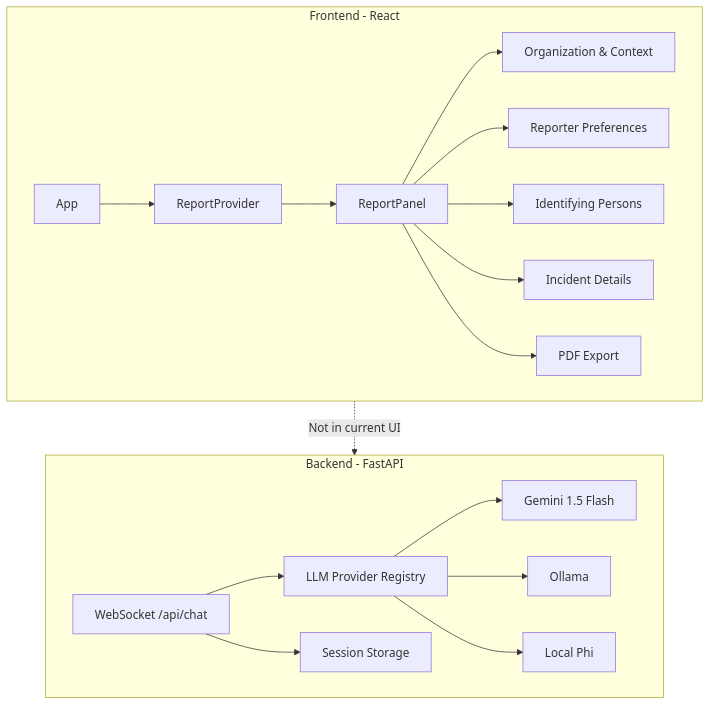
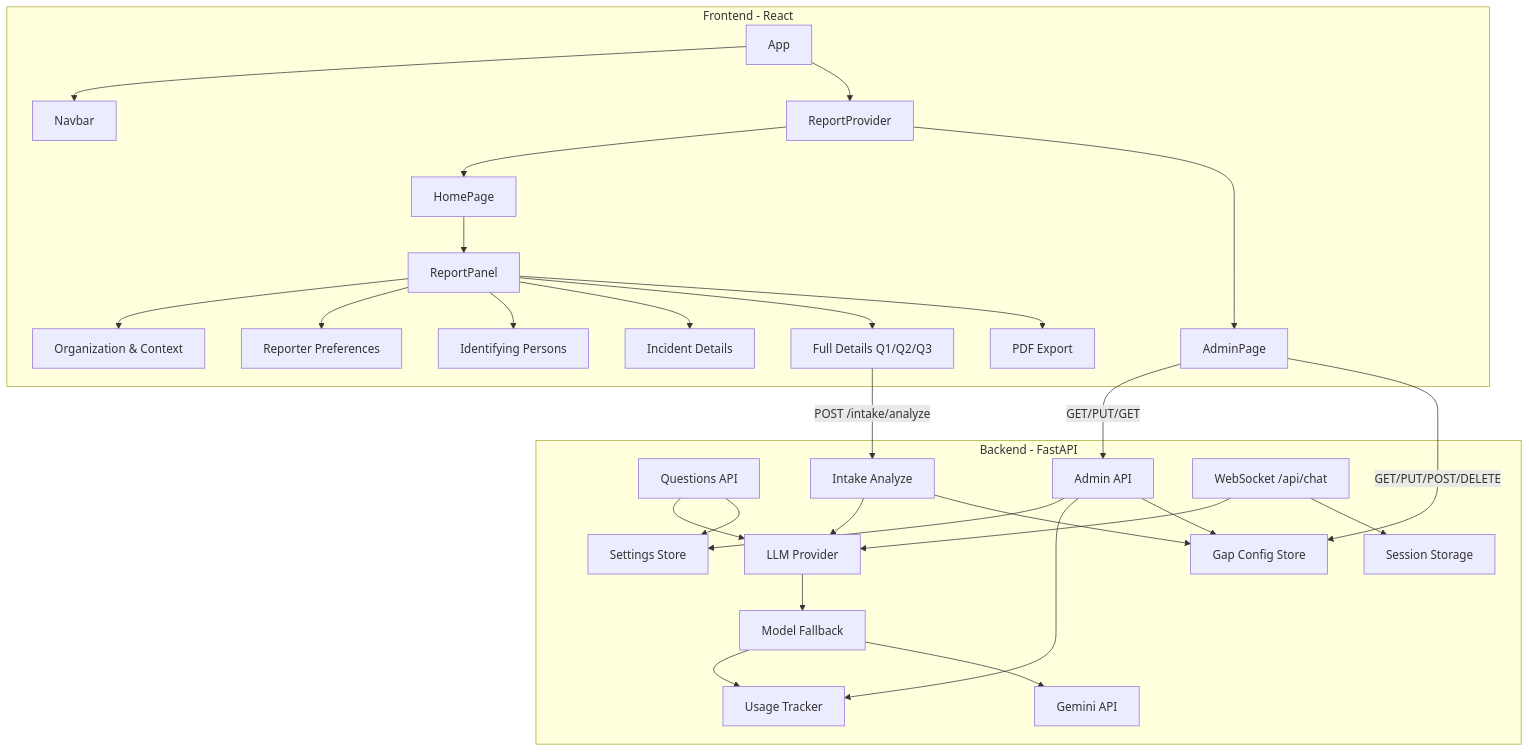
The first of 3 diagrams in docs/ARCHITECTURE.md (CodingwithAhmad1/Whistleblowing), drawn with Mermaid before and after one commit. The commit also changed other lines of this file and 97 other files, not shown here.

First line of the commit message:
Refactor: Migrate to Google Gemini, implement intake gap analysis workflow, remove local LLM providers

````diff
--- a/docs/ARCHITECTURE.md
+++ b/docs/ARCHITECTURE.md
@@ -7,31 +7,51 @@
 ```mermaid
 flowchart TB
     subgraph Frontend [Frontend - React]
         App[App]
+        Navbar[Navbar]
         ReportProvider[ReportProvider]
+        HomePage[HomePage]
+        AdminPage[AdminPage]
         ReportPanel[ReportPanel]
+        App --> Navbar
         App --> ReportProvider
-        ReportProvider --> ReportPanel
+        ReportProvider --> HomePage
+        ReportProvider --> AdminPage
+        HomePage --> ReportPanel
         ReportPanel --> Org[Organization & Context]
         ReportPanel --> Reporter[Reporter Preferences]
         ReportPanel --> Persons[Identifying Persons]
         ReportPanel --> Incident[Incident Details]
+        ReportPanel --> FullDetails[Full Details Q1/Q2/Q3]
         ReportPanel --> PDF[PDF Export]
     end
 
     subgraph Backend [Backend - FastAPI]
+        Questions[Questions API]
+        Intake[Intake Analyze]
+        Admin[Admin API]
         WS[WebSocket /api/chat]
-        Provider[LLM Provider Registry]
-        Gemini[Gemini 1.5 Flash]
-        Ollama[Ollama]
-        LocalPhi[Local Phi]
+        Fallback[Model Fallback]
+        Provider[LLM Provider]
+        UsageTracker[Usage Tracker]
+        Gemini[Gemini API]
         Storage[Session Storage]
+        SettingsStore[Settings Store]
+        GapStore[Gap Config Store]
+        FullDetails -->|POST /intake/analyze| Intake
+        AdminPage -->|GET/PUT/GET| Admin
+        AdminPage -->|GET/PUT/POST/DELETE| GapStore
+        Admin --> SettingsStore
+        Admin --> UsageTracker
+        Admin --> GapStore
+        Intake --> Provider
+        Intake --> GapStore
+        Questions --> Provider
+        Questions --> SettingsStore
         WS --> Provider
-        Provider --> Gemini
-        Provider --> Ollama
-        Provider --> LocalPhi
+        Provider --> Fallback
+        Fallback --> UsageTracker
+        Fallback --> Gemini
         WS --> Storage
     end
-
-    Frontend -.->|"Not in current UI"| Backend
 ```
````
